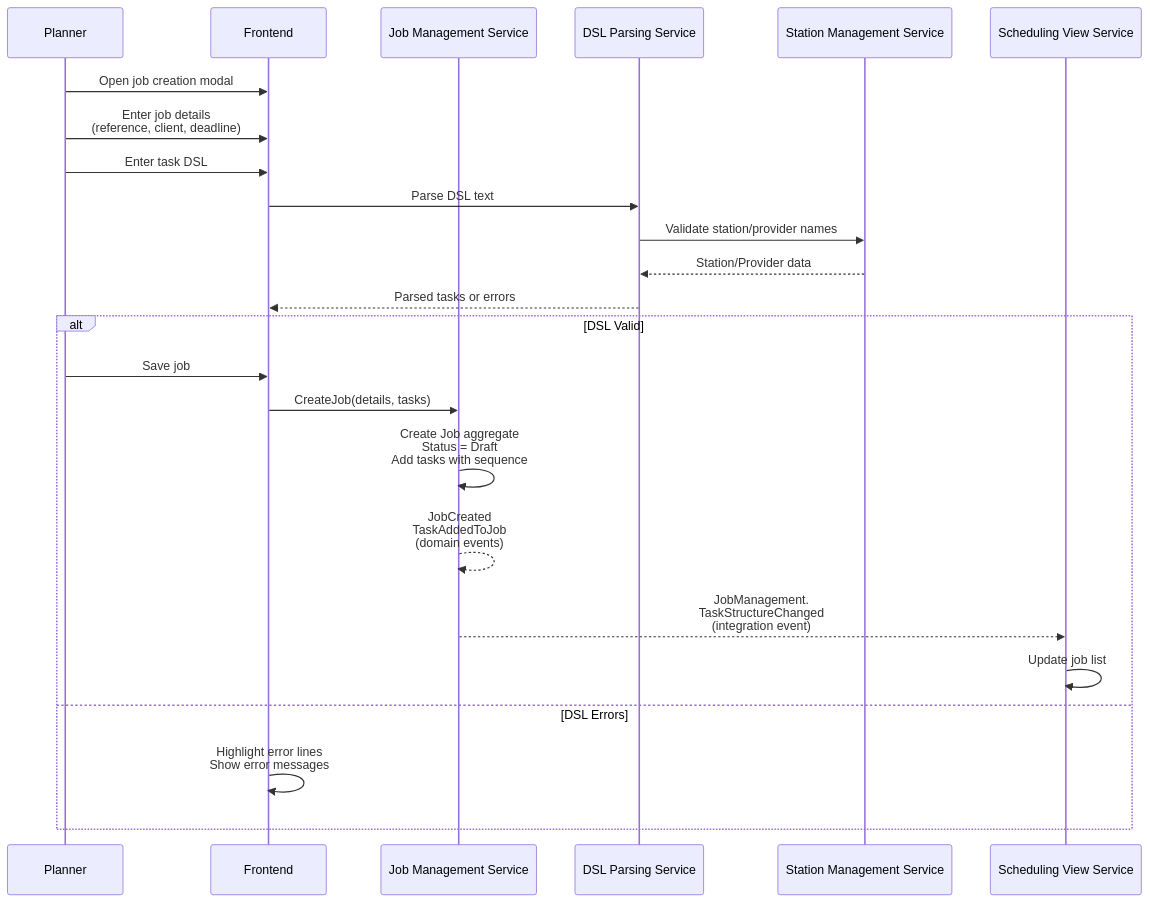
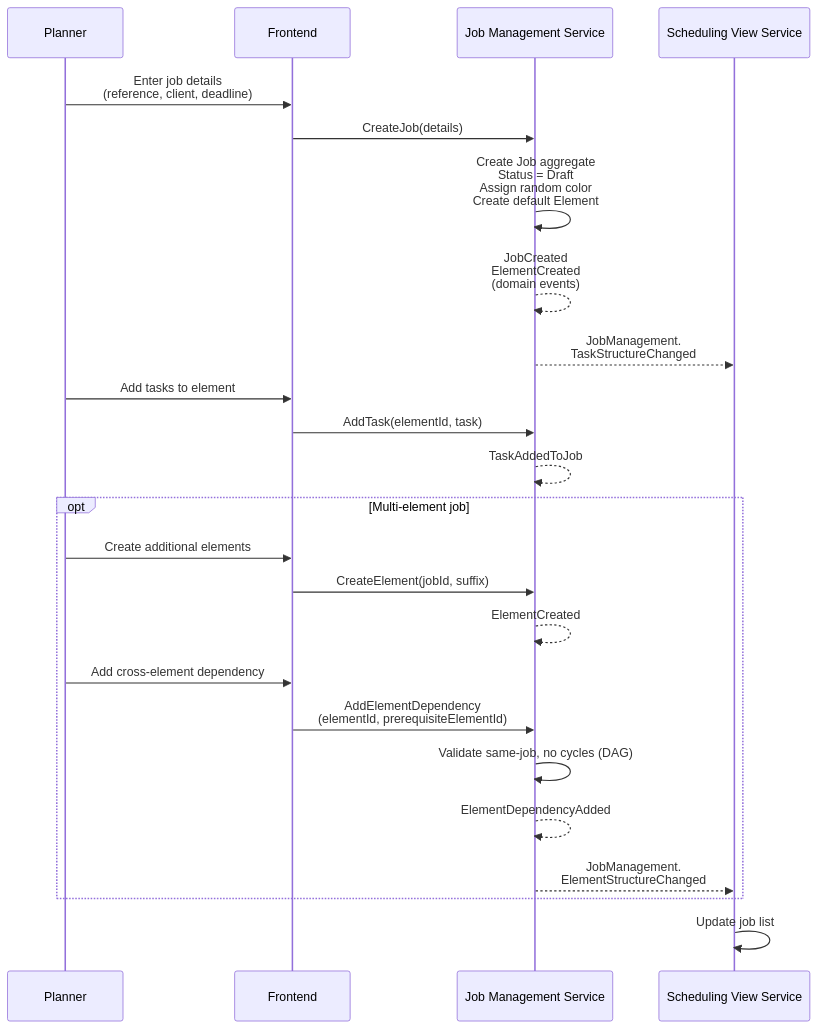
Before and after one commit to ikadar/ewlin: the second of 11 diagrams in docs/architecture/sequence-design.md, drawn with Mermaid. The commit also changed other lines of this file and 539 other files, not shown here.

````diff
--- a/docs/architecture/sequence-design.md
+++ b/docs/architecture/sequence-design.md
@@ -134,28 +133,29 @@
 ```mermaid
 sequenceDiagram
     participant Planner
     participant Frontend
     participant Job as Job Management Service
-    participant DSL as DSL Parsing Service
-    participant Station as Station Management Service
     participant View as Scheduling View Service
 
-    Planner->>Frontend: Open job creation modal
     Planner->>Frontend: Enter job details<br>(reference, client, deadline)
-    Planner->>Frontend: Enter task DSL
-    Frontend->>DSL: Parse DSL text
-    DSL->>Station: Validate station/provider names
-    Station-->>DSL: Station/Provider data
-    DSL-->>Frontend: Parsed tasks or errors
+    Frontend->>Job: CreateJob(details)
+    Job->>Job: Create Job aggregate<br>Status = Draft<br>Assign random color<br>Create default Element
+    Job-->>Job: JobCreated<br>ElementCreated<br>(domain events)
+    Job-->>View: JobManagement.<br>TaskStructureChanged
 
-    alt DSL Valid
-        Planner->>Frontend: Save job
-        Frontend->>Job: CreateJob(details, tasks)
-        Job->>Job: Create Job aggregate<br>Status = Draft<br>Add tasks with sequence
-        Job-->>Job: JobCreated<br>TaskAddedToJob<br>(domain events)
-        Job-->>View: JobManagement.<br>TaskStructureChanged<br>(integration event)
-        View->>View: Update job list
-    else DSL Errors
-        Frontend->>Frontend: Highlight error lines<br>Show error messages
+    Planner->>Frontend: Add tasks to element
+    Frontend->>Job: AddTask(elementId, task)
+    Job-->>Job: TaskAddedToJob
+
+    opt Multi-element job
+        Planner->>Frontend: Create additional elements
+        Frontend->>Job: CreateElement(jobId, suffix)
+        Job-->>Job: ElementCreated
+        Planner->>Frontend: Add cross-element dependency
+        Frontend->>Job: AddElementDependency<br>(elementId, prerequisiteElementId)
+        Job->>Job: Validate same-job, no cycles (DAG)
+        Job-->>Job: ElementDependencyAdded
+        Job-->>View: JobManagement.<br>ElementStructureChanged
     end
+    View->>View: Update job list
 ```
````
